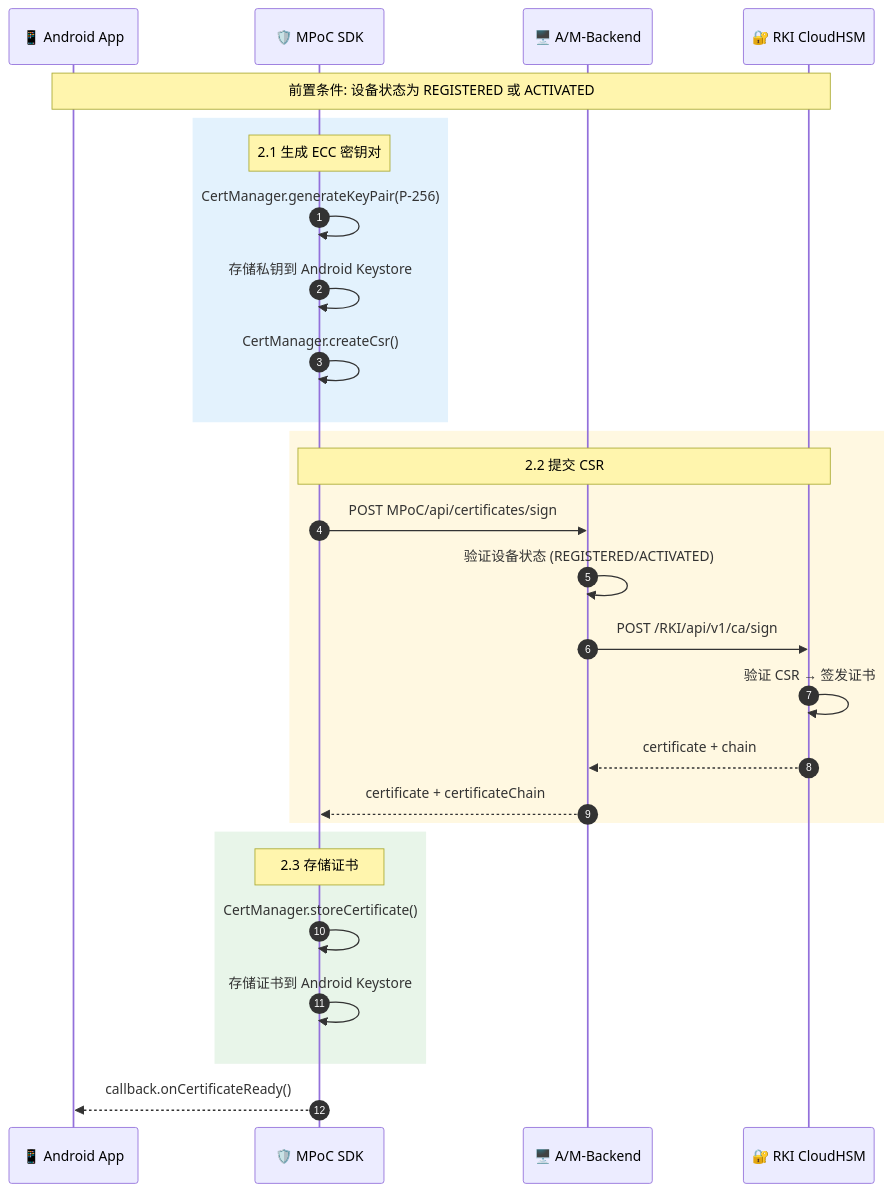
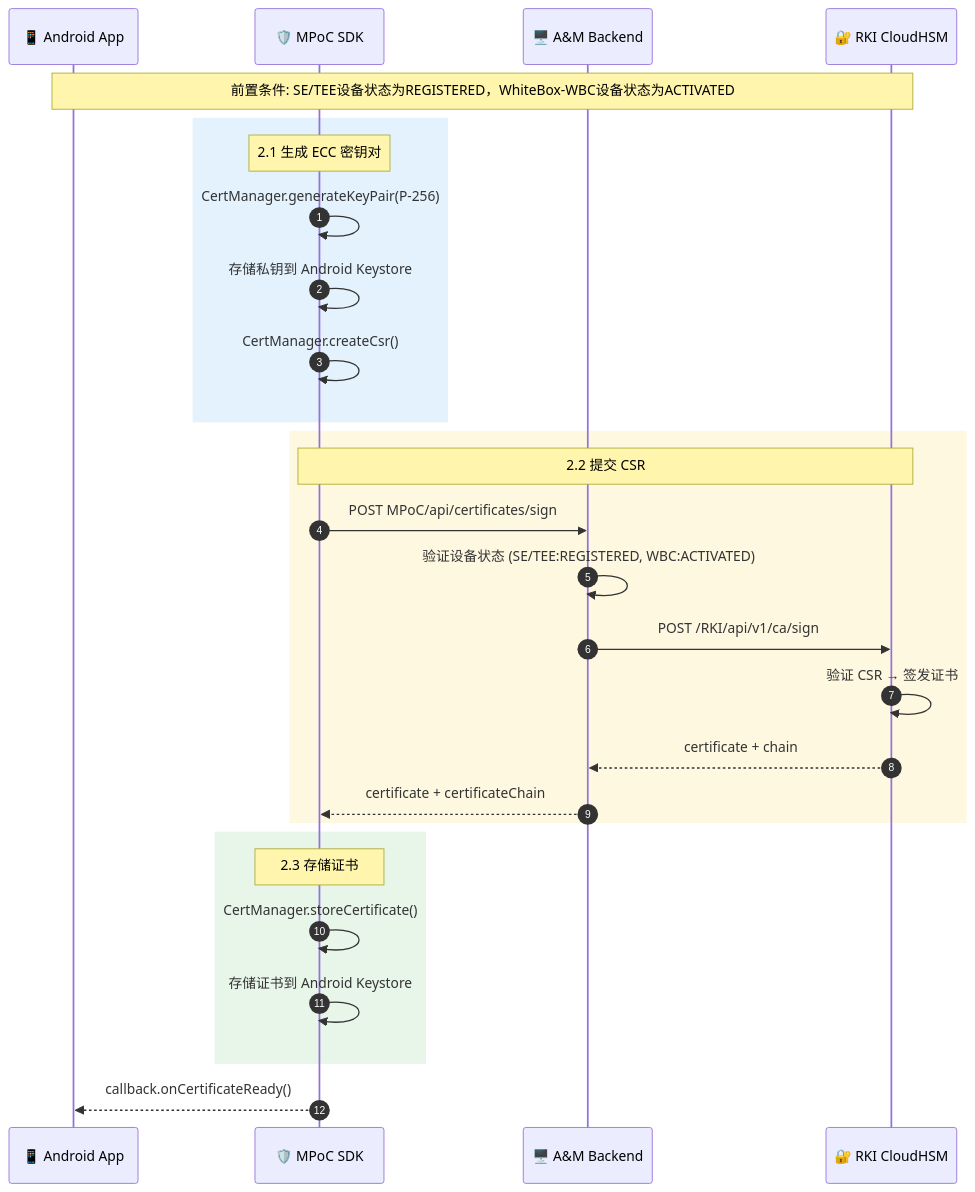
The sixth of 21 diagrams in solution/MPOC_SDK_API_GUIDE.md (kevinwangl/sunbay-softpos-docs), drawn with Mermaid before and after one commit. The commit also changed other lines of this file, not shown here.

````diff
--- a/solution/MPOC_SDK_API_GUIDE.md
+++ b/solution/MPOC_SDK_API_GUIDE.md
@@ -607,35 +607,35 @@
 ```mermaid
 sequenceDiagram
     autonumber
     participant App as 📱 Android App
     participant SDK as 🛡️ MPoC SDK
-    participant Backend as 🖥️ A/M-Backend
+    participant Backend as 🖥️ A&M Backend
     participant HSM as 🔐 RKI CloudHSM
 
-    Note over App,HSM: 前置条件: 设备状态为 REGISTERED 或 ACTIVATED
+    Note over App,HSM: 前置条件: SE/TEE设备状态为REGISTERED，WhiteBox-WBC设备状态为ACTIVATED
     
     rect rgb(227, 242, 253)
         Note over SDK: 2.1 生成 ECC 密钥对
         SDK->>SDK: CertManager.generateKeyPair(P-256)
         SDK->>SDK: 存储私钥到 Android Keystore
         SDK->>SDK: CertManager.createCsr()
     end
     
     rect rgb(255, 248, 225)
         Note over SDK,HSM: 2.2 提交 CSR
         SDK->>Backend: POST MPoC/api/certificates/sign
-        Backend->>Backend: 验证设备状态 (REGISTERED/ACTIVATED)
+        Backend->>Backend: 验证设备状态 (SE/TEE:REGISTERED, WBC:ACTIVATED)
         Backend->>HSM: POST /RKI/api/v1/ca/sign
         HSM->>HSM: 验证 CSR → 签发证书
         HSM-->>Backend: certificate + chain
         Backend-->>SDK: certificate + certificateChain
     end
     
     rect rgb(232, 245, 233)
         Note over SDK: 2.3 存储证书
         SDK->>SDK: CertManager.storeCertificate()
         SDK->>SDK: 存储证书到 Android Keystore
     end
     
     SDK-->>App: callback.onCertificateReady()
 ```
````
